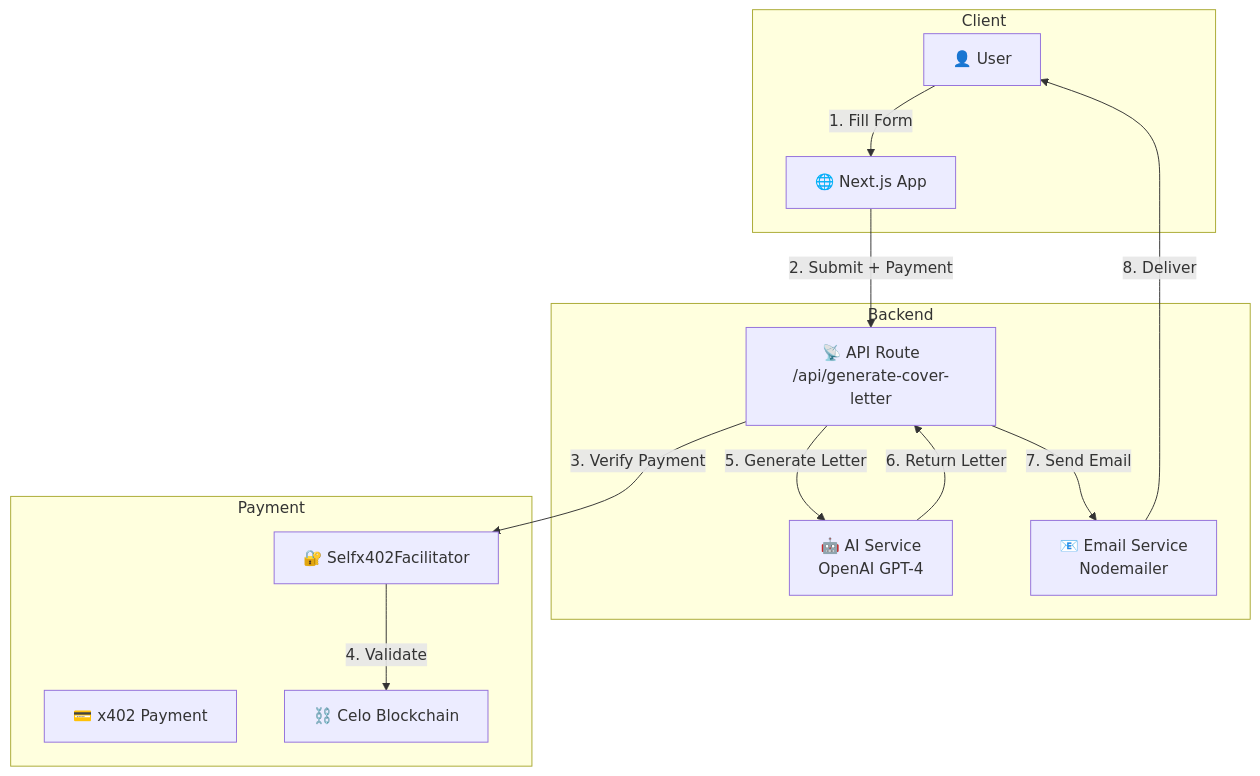
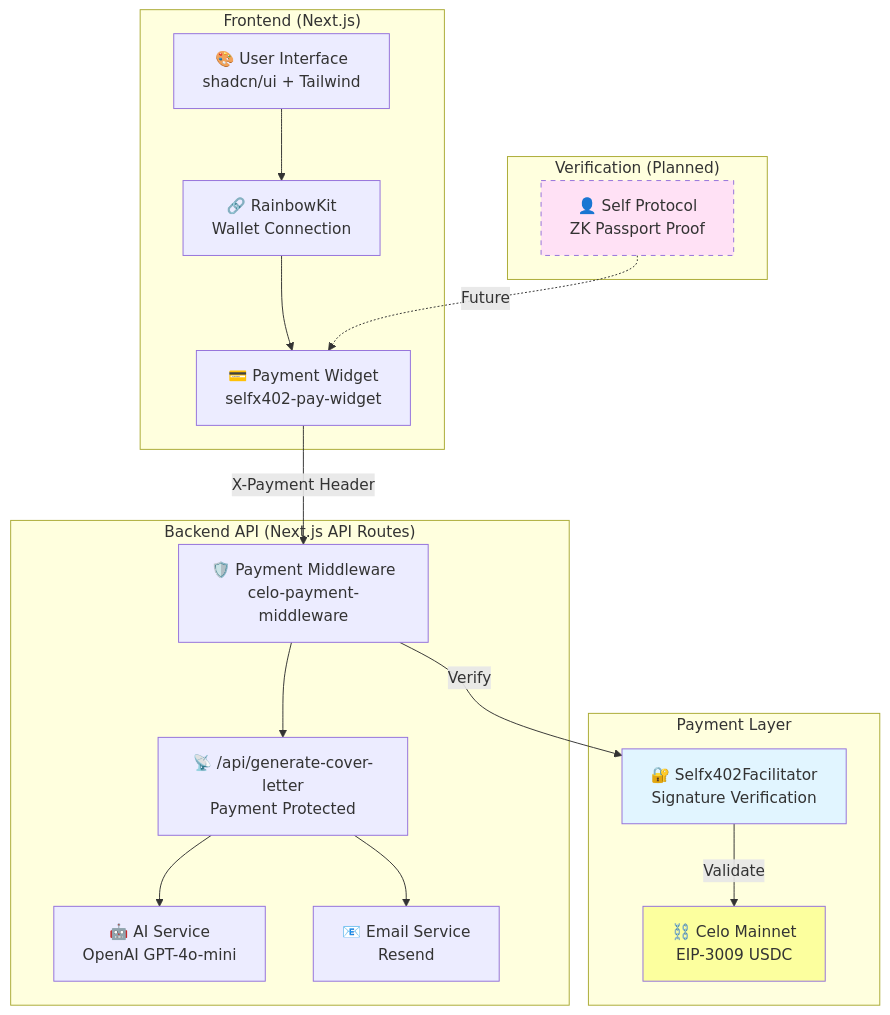
One commit to zkNexus/SelfJobAssistant changed the first of 5 diagrams in README.md. Above: the diagram before and after it, drawn with Mermaid. The commit also changed other lines of this file, not shown here.

````diff
--- a/README.md
+++ b/README.md
@@ -147,28 +25,38 @@
 ```mermaid
 graph TB
-    subgraph Client
-        User[👤 User]
-        Browser[🌐 Next.js App]
+    subgraph "Frontend (Next.js)"
+        UI[🎨 User Interface<br/>shadcn/ui + Tailwind]
+        RK[🔗 RainbowKit<br/>Wallet Connection]
+        PW[💳 Payment Widget<br/>selfx402-pay-widget]
     end
 
-    subgraph Backend
-        API[📡 API Route<br/>/api/generate-cover-letter]
-        AI[🤖 AI Service<br/>OpenAI GPT-4]
-        Email[📧 Email Service<br/>Nodemailer]
+    subgraph "Backend API (Next.js API Routes)"
+        API[📡 /api/generate-cover-letter<br/>Payment Protected]
+        MW[🛡️ Payment Middleware<br/>celo-payment-middleware]
+        AI[🤖 AI Service<br/>OpenAI GPT-4o-mini]
+        Email[📧 Email Service<br/>Resend]
     end
 
-    subgraph Payment
-        X402[💳 x402 Payment]
-        Facilitator[🔐 Selfx402Facilitator]
-        Celo[⛓️ Celo Blockchain]
+    subgraph "Payment Layer"
+        Facilitator[🔐 Selfx402Facilitator<br/>Signature Verification]
+        Celo[⛓️ Celo Mainnet<br/>EIP-3009 USDC]
     end
 
-    User -->|1. Fill Form| Browser
-    Browser -->|2. Submit + Payment| API
-    API -->|3. Verify Payment| Facilitator
-    Facilitator -->|4. Validate| Celo
-    API -->|5. Generate Letter| AI
-    AI -->|6. Return Letter| API
-    API -->|7. Send Email| Email
-    Email -->|8. Deliver| User
+    subgraph "Verification (Planned)"
+        Self[👤 Self Protocol<br/>ZK Passport Proof]
+    end
+
+    UI --> RK
+    RK --> PW
+    PW -->|X-Payment Header| MW
+    MW --> API
+    MW -->|Verify| Facilitator
+    Facilitator -->|Validate| Celo
+    API --> AI
+    API --> Email
+    Self -.->|Future| PW
+
+    style Facilitator fill:#e1f5ff
+    style Celo fill:#fcff9e
+    style Self fill:#ffe1f5,stroke-dasharray: 5 5
 ```
````
